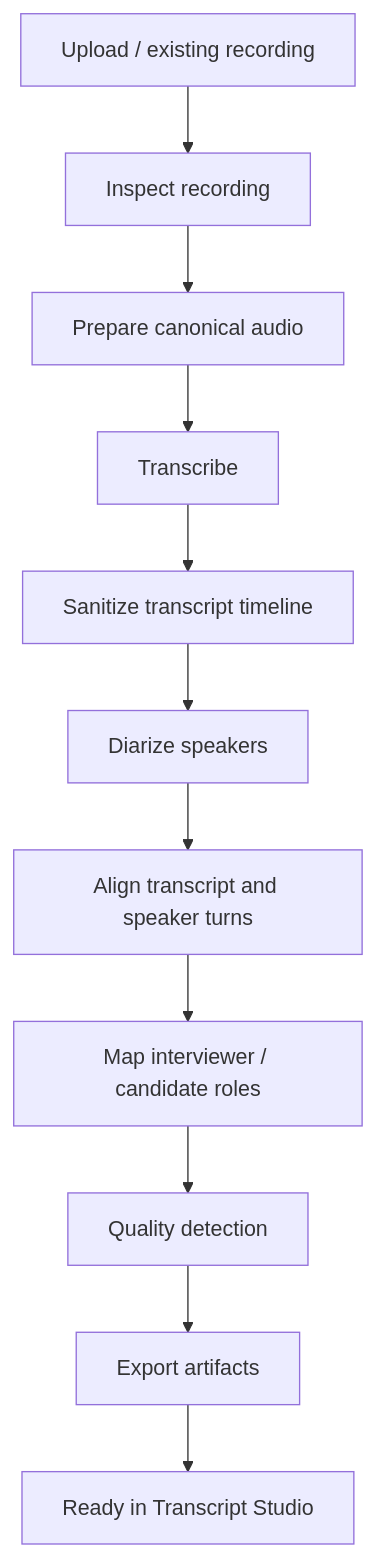
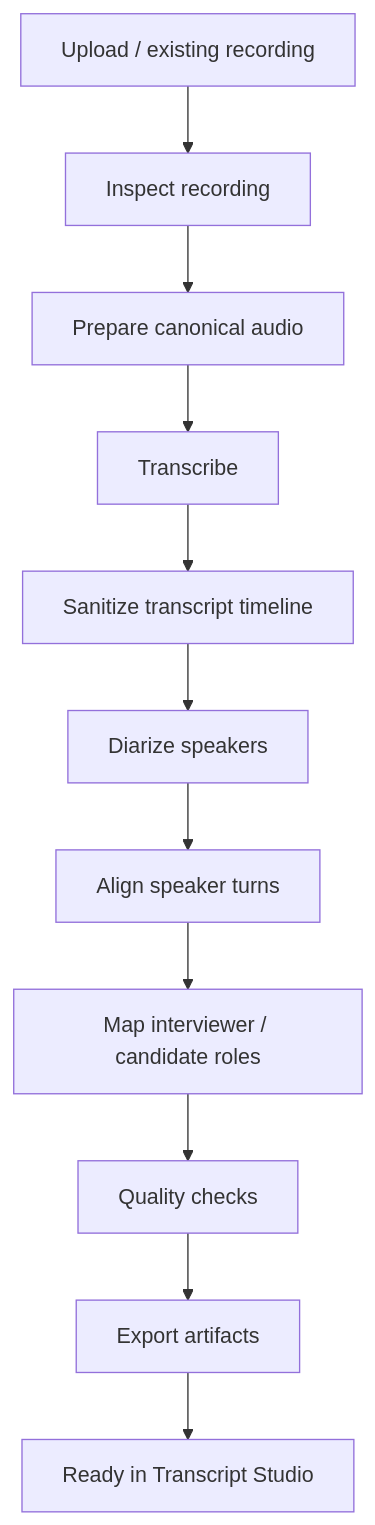
Before and after one commit to aryan000/interview-intelligence: the second of 2 diagrams in README.md, drawn with Mermaid. The commit also changed other lines of this file and 1 other file, not shown here.

Commit message:
docs: add project setup architecture and roadmap

````diff
--- a/README.md
+++ b/README.md
@@ -324,14 +394,14 @@
 ```mermaid
 flowchart TD
     A[Upload / existing recording]
     --> B[Inspect recording]
     --> C[Prepare canonical audio]
     --> D[Transcribe]
     --> E[Sanitize transcript timeline]
     --> F[Diarize speakers]
-    --> G[Align transcript and speaker turns]
+    --> G[Align speaker turns]
     --> H[Map interviewer / candidate roles]
-    --> I[Quality detection]
+    --> I[Quality checks]
     --> J[Export artifacts]
     --> K[Ready in Transcript Studio]
 ```
````
